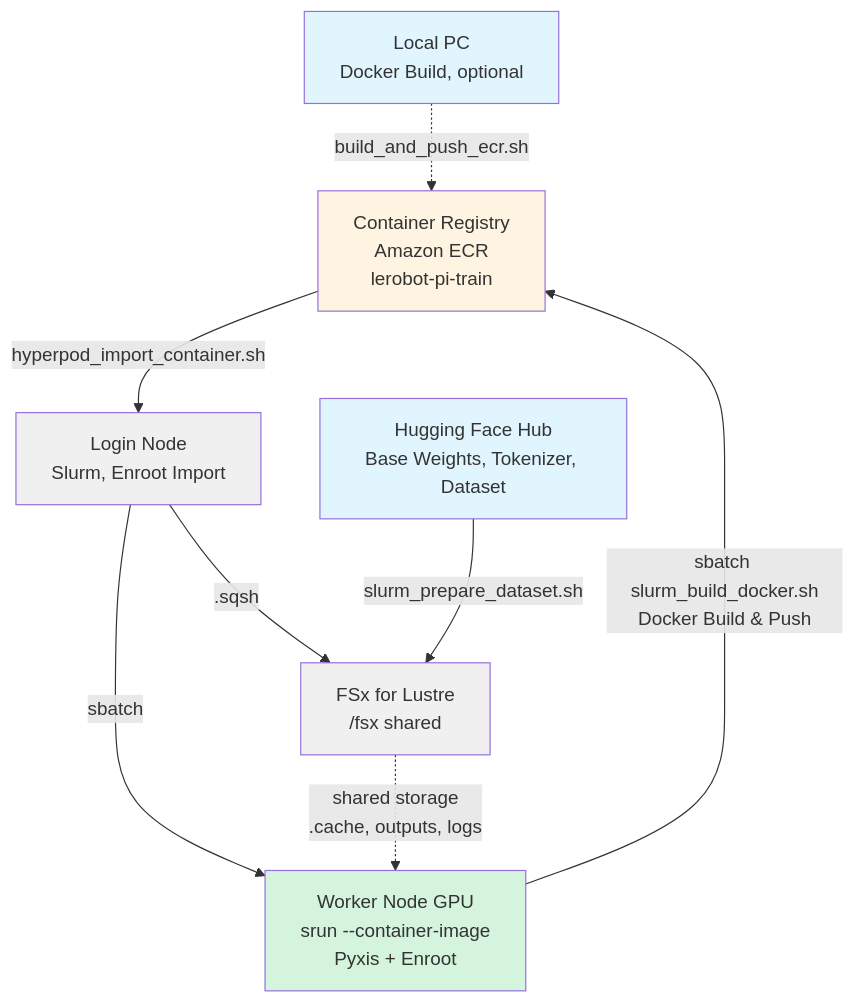
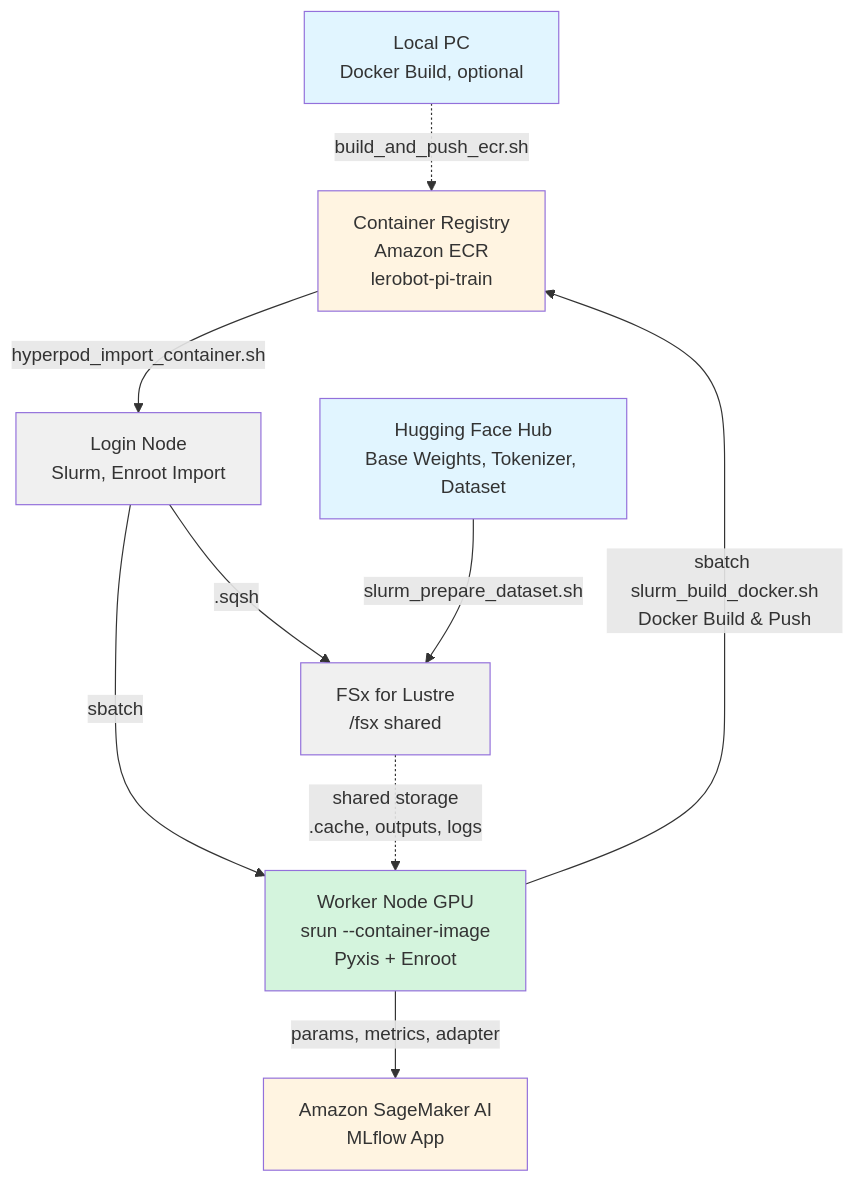
One commit to aws-samples/sample-physical-ai-scaffolding-kit changed the diagram in samples/lerobot-openpi/docs/en/lerobot_pi05_training.md. Above: the diagram before and after it, drawn with Mermaid. The commit also changed other lines of this file and 29 other files, not shown here.

First line of the commit message:
feat/hyperpod: add MLflow App for training tracking

````diff
--- a/samples/lerobot-openpi/docs/en/lerobot_pi05_training.md
+++ b/samples/lerobot-openpi/docs/en/lerobot_pi05_training.md
@@ -36,24 +38,27 @@
 ```mermaid
 flowchart TB
     local[Local PC<br/>Docker Build, optional]
     hf[Hugging Face Hub<br/>Base Weights, Tokenizer, Dataset]
     ecr[Container Registry<br/>Amazon ECR<br/>lerobot-pi-train]
     login[Login Node<br/>Slurm, Enroot Import]
     fsx[FSx for Lustre<br/>/fsx shared]
     worker[Worker Node GPU<br/>srun --container-image<br/>Pyxis + Enroot]
+    mlflow[Amazon SageMaker AI<br/>MLflow App]
 
     worker -->|sbatch slurm_build_docker.sh<br/>Docker Build & Push| ecr
     local -.->|build_and_push_ecr.sh| ecr
     ecr -->|hyperpod_import_container.sh| login
     login -->|.sqsh| fsx
     login -->|sbatch| worker
     hf -->|slurm_prepare_dataset.sh| fsx
     fsx -.->|shared storage<br/>.cache, outputs, logs| worker
+    worker -->|params, metrics, adapter| mlflow
 
     style local fill:#e1f5ff
     style hf fill:#e1f5ff
     style ecr fill:#fff4e1
     style login fill:#f0f0f0
     style fsx fill:#f0f0f0
     style worker fill:#d4f4dd
+    style mlflow fill:#fff4e1
 ```
````
